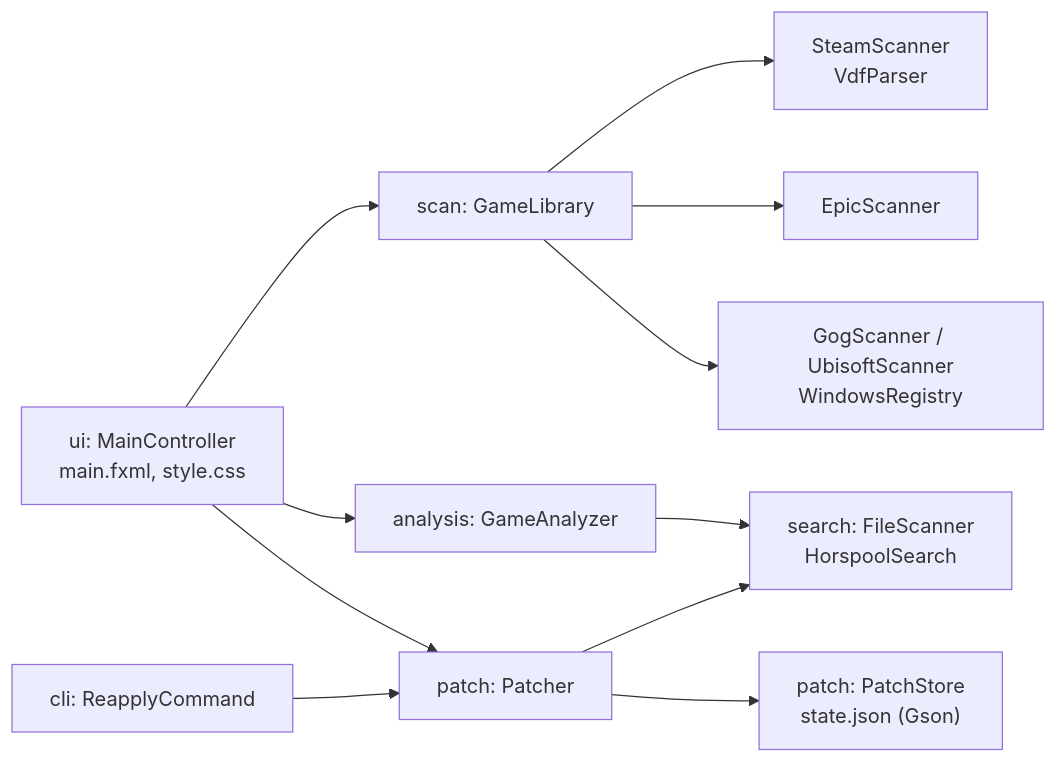
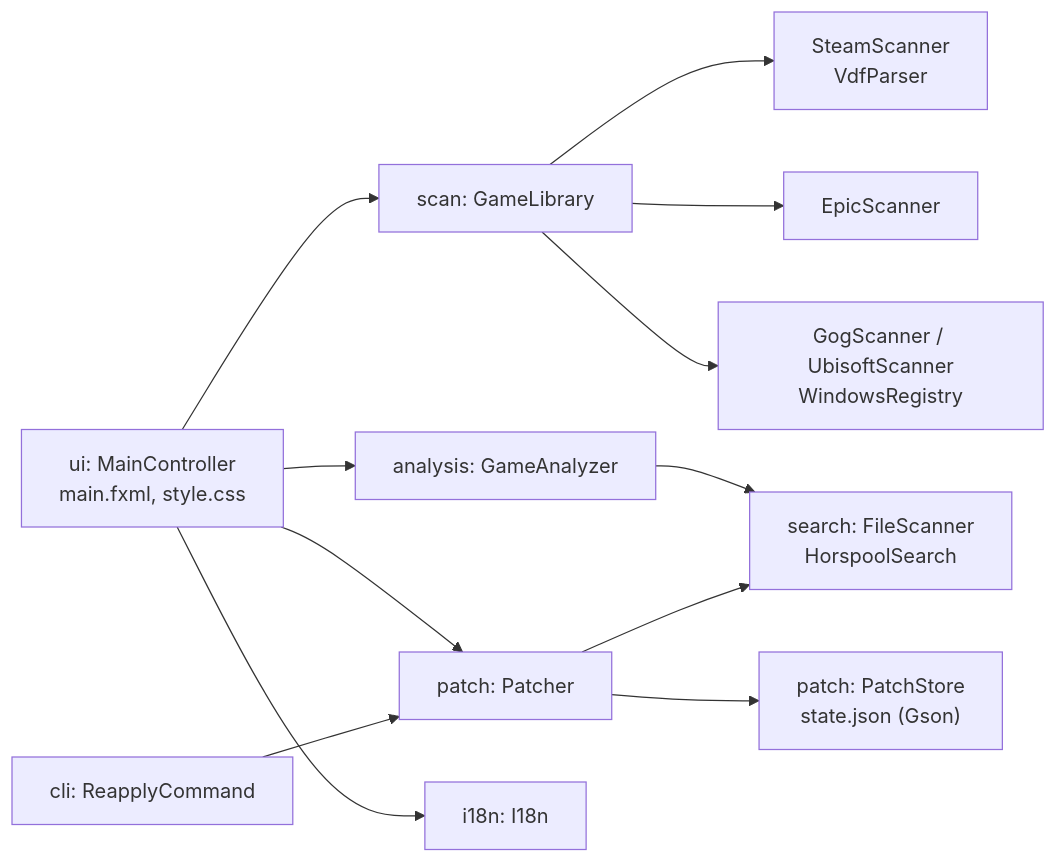
One commit to shkbb/UWFix changed the diagram in README.md. Above: the diagram before and after it, drawn with Mermaid. The commit also changed other lines of this file and 17 other files, not shown here.

````diff
--- a/README.md
+++ b/README.md
@@ -105,13 +116,14 @@
 ```mermaid
 flowchart LR
     UI["ui: MainController<br/>main.fxml, style.css"] --> LIB["scan: GameLibrary"]
     UI --> AN["analysis: GameAnalyzer"]
     UI --> PA["patch: Patcher"]
+    UI --> I18N["i18n: I18n"]
     LIB --> ST["SteamScanner<br/>VdfParser"]
     LIB --> EP["EpicScanner"]
     LIB --> GOG["GogScanner / UbisoftScanner<br/>WindowsRegistry"]
     AN --> FS["search: FileScanner<br/>HorspoolSearch"]
     PA --> FS
     PA --> STORE["patch: PatchStore<br/>state.json (Gson)"]
     CLI["cli: ReapplyCommand"] --> PA
 ```
````
